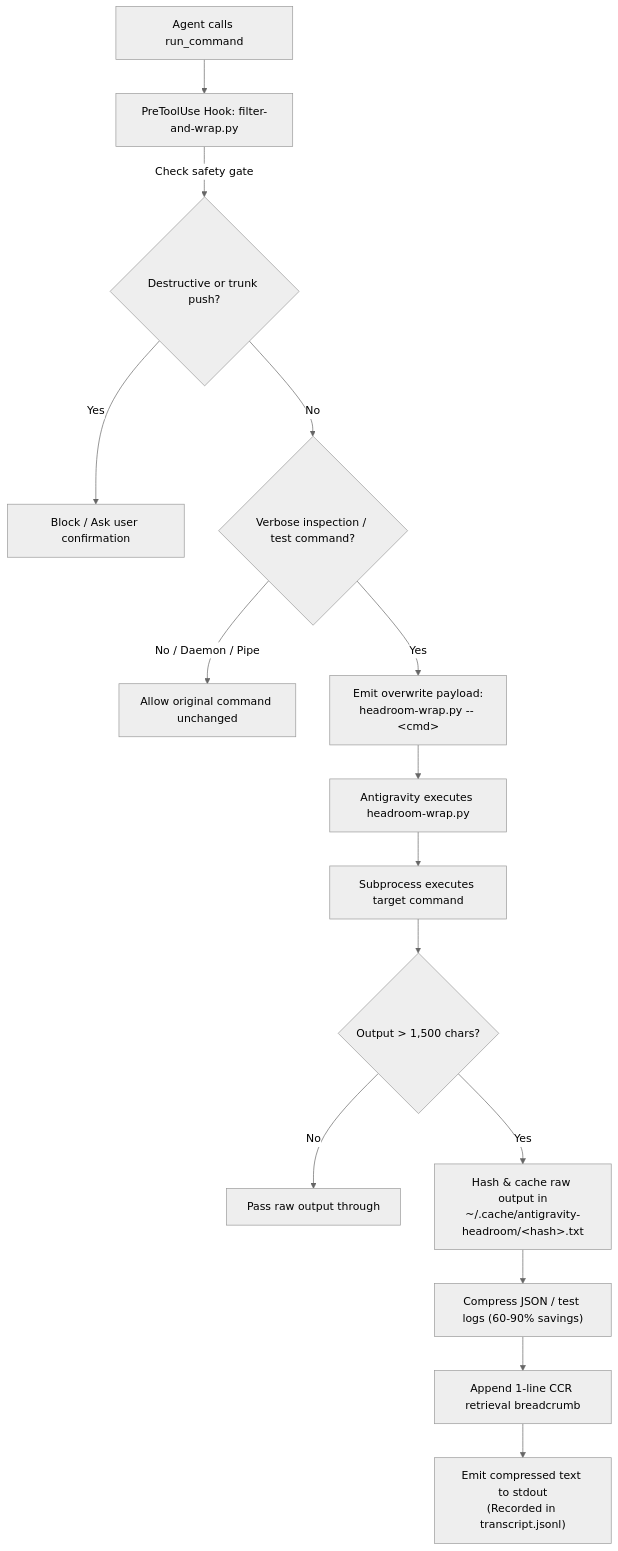
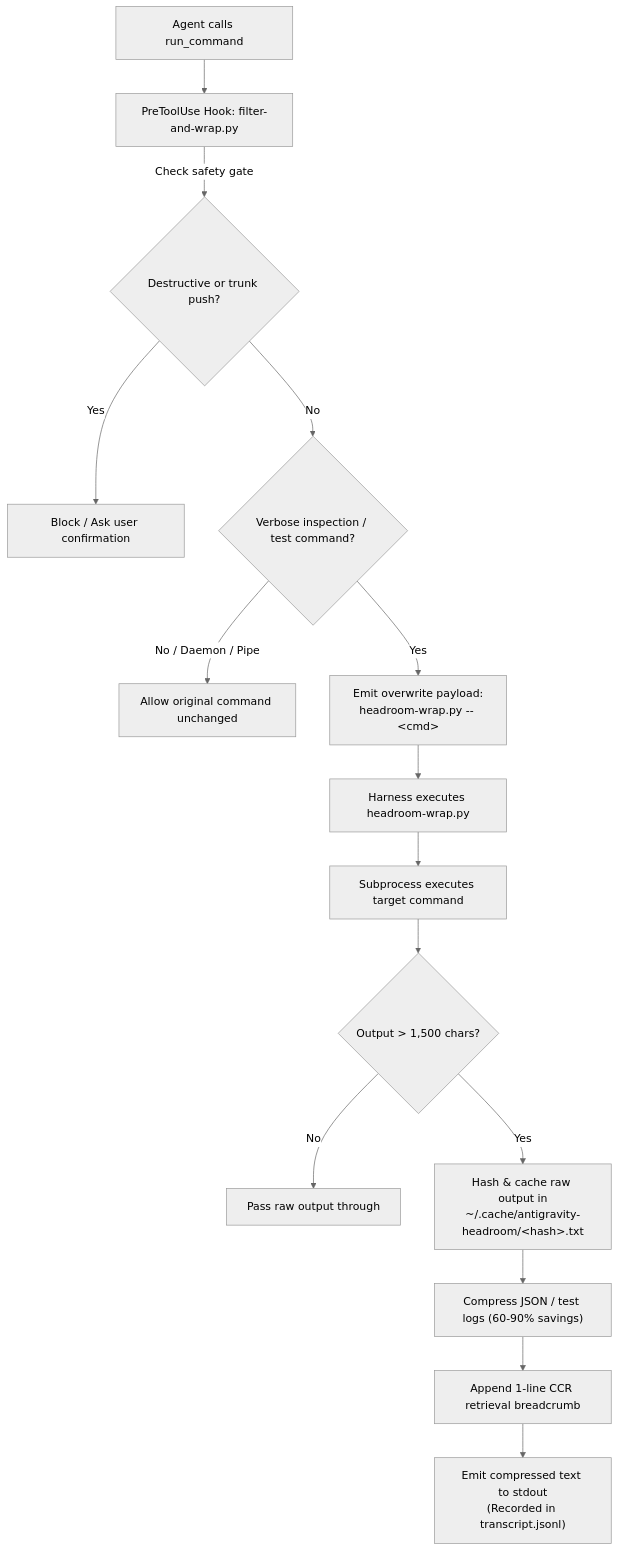
One commit to Cooper-Wallace/agentkit changed the diagram in docs/plugins-and-hooks-guide.md. Above: the diagram before and after it, drawn with Mermaid (neutral theme). The commit also changed other lines of this file and 63 other files, not shown here.

````diff
--- a/docs/plugins-and-hooks-guide.md
+++ b/docs/plugins-and-hooks-guide.md
@@ -60,17 +60,17 @@
 ```mermaid
 flowchart TD
     A["Agent calls run_command"] --> B["PreToolUse Hook: filter-and-wrap.py"]
     B -->|Check safety gate| C{Destructive or trunk push?}
     C -->|Yes| D["Block / Ask user confirmation"]
     C -->|No| E{Verbose inspection / test command?}
     E -->|No / Daemon / Pipe| F["Allow original command unchanged"]
     E -->|Yes| G["Emit overwrite payload:<br/>headroom-wrap.py -- &lt;cmd&gt;"]
-    G --> H["Antigravity executes headroom-wrap.py"]
+    G --> H["Harness executes headroom-wrap.py"]
     H --> I["Subprocess executes target command"]
     I --> J{Output &gt; 1,500 chars?}
     J -->|No| K["Pass raw output through"]
     J -->|Yes| L["Hash & cache raw output in<br/>~/.cache/antigravity-headroom/&lt;hash&gt;.txt"]
     L --> M["Compress JSON / test logs (60-90% savings)"]
     M --> N["Append 1-line CCR retrieval breadcrumb"]
     N --> O["Emit compressed text to stdout<br/>(Recorded in transcript.jsonl)"]
 ```
````
